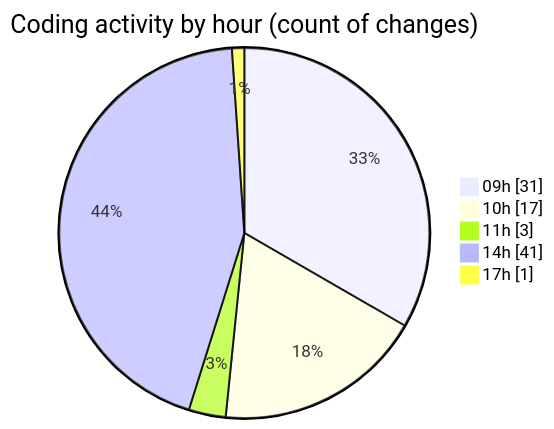
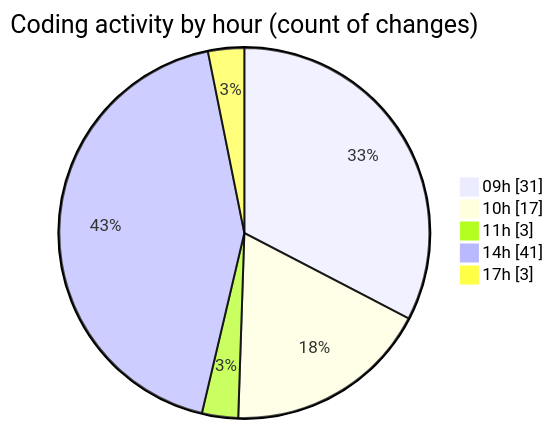
The second of 2 diagrams in 2025-03-05/termonied_testador/README.md (robertbonfada/code-tracking), drawn with Mermaid before and after one commit. The commit also changed other lines of this file and 1 other file, not shown here.

````diff
--- a/2025-03-05/termonied_testador/README.md
+++ b/2025-03-05/termonied_testador/README.md
@@ -41,9 +41,9 @@
 ```mermaid
 pie showData
 title Coding activity by hour (count of changes)
 "09h" : 31
 "10h" : 17
 "11h" : 3
 "14h" : 41
-"17h" : 1
+"17h" : 3
 ```
````
